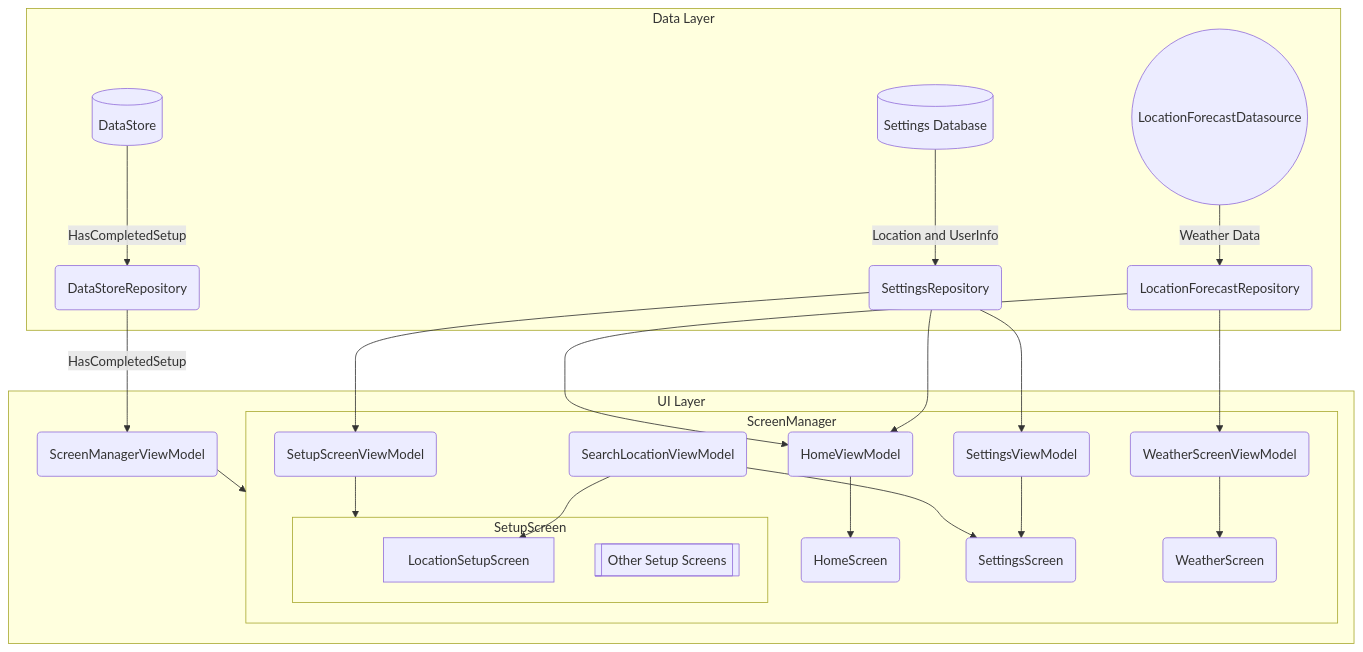
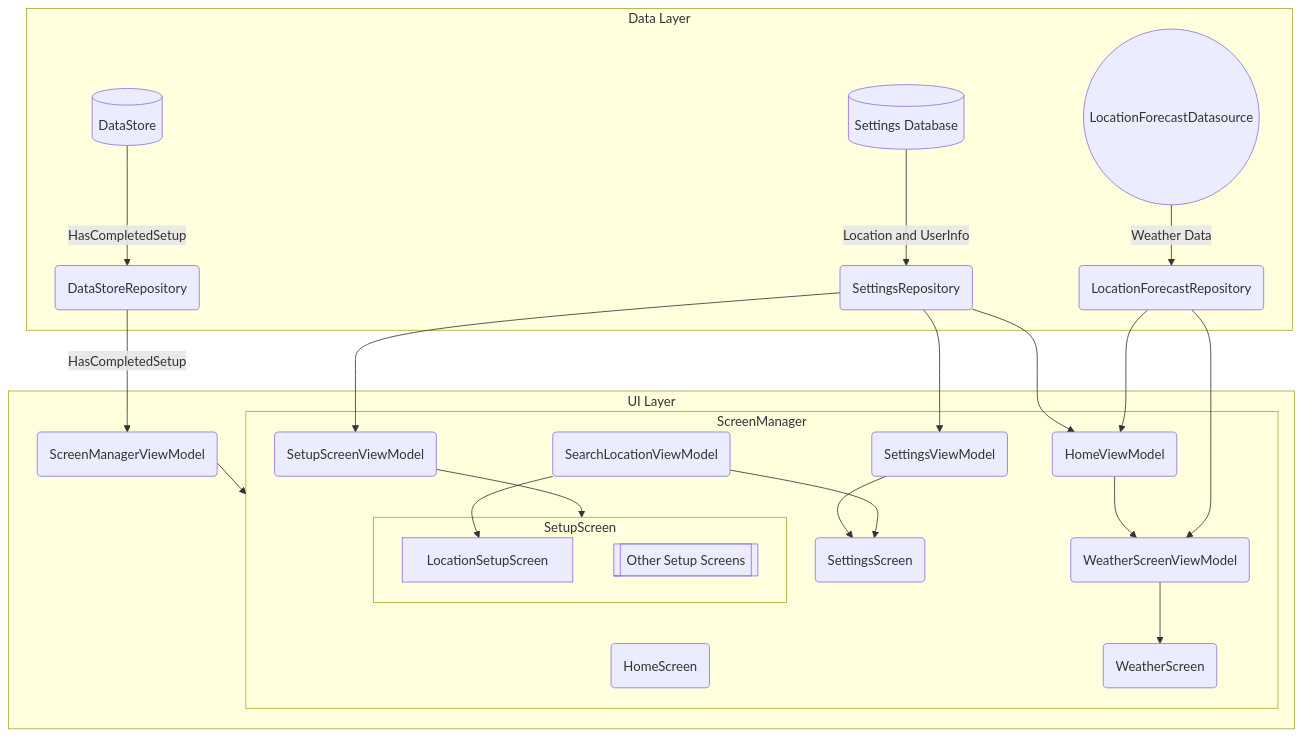
The diagram in ARCHITECTURE.md (mathias1601/PawCast), drawn with Mermaid before and after one commit. The commit also changed other lines of this file and 24 other files, not shown here.

````diff
--- a/ARCHITECTURE.md
+++ b/ARCHITECTURE.md
@@ -27,79 +27,79 @@
 ```mermaid
 
 flowchart TB;
 
 subgraph UI Layer
 
     screenManagerViewModel(ScreenManagerViewModel)
     screenManagerViewModel --> ScreenManager
 
     subgraph ScreenManager
 
     homeScreen(HomeScreen)
 
     settingsScreen(SettingsScreen)
 
     weatherScreen(WeatherScreen)
 
 
 
         subgraph SetupScreen
             LocationSetupScreen
             otherSetupScreens[[Other Setup Screens]]
         end
 
 
 
         homeViewModel(HomeViewModel)
         weatherScreenViewModel(WeatherScreenViewModel)
         settingsViewModel(SettingsViewModel)
         setupScreenViewModel(SetupScreenViewModel)
         searchLocationViewModel(SearchLocationViewModel)
 
 
 
         settingsViewModel --> settingsScreen
         searchLocationViewModel --> LocationSetupScreen
         searchLocationViewModel --> settingsScreen
-        homeViewModel --> homeScreen
+        homeViewModel -->  
 
 
         weatherScreenViewModel --> weatherScreen
         setupScreenViewModel --> SetupScreen
     end
 end
 
 
 
 subgraph Data Layer
 
 
     locationForecastRepository(LocationForecastRepository)
     settingsRepository(SettingsRepository)
     dataStoreRepository(DataStoreRepository)
 
     locationForecastDataSource((LocationForecastDatasource))
     settingsDatabase[(Settings Database)]
     dataStore[(DataStore)]
 
 
 
     settingsRepository --> settingsViewModel
     settingsRepository --> homeViewModel
     settingsRepository --> setupScreenViewModel
 
     locationForecastRepository --> homeViewModel
     locationForecastRepository --> weatherScreenViewModel
 
     dataStoreRepository -- HasCompletedSetup--> screenManagerViewModel
     dataStore -- HasCompletedSetup--> dataStoreRepository
 
 
     settingsDatabase -- Location and UserInfo --> settingsRepository
 
     locationForecastDataSource((LocationForecastDatasource)) -- Weather Data--> locationForecastRepository
 
 end
 
 
 ```
````
